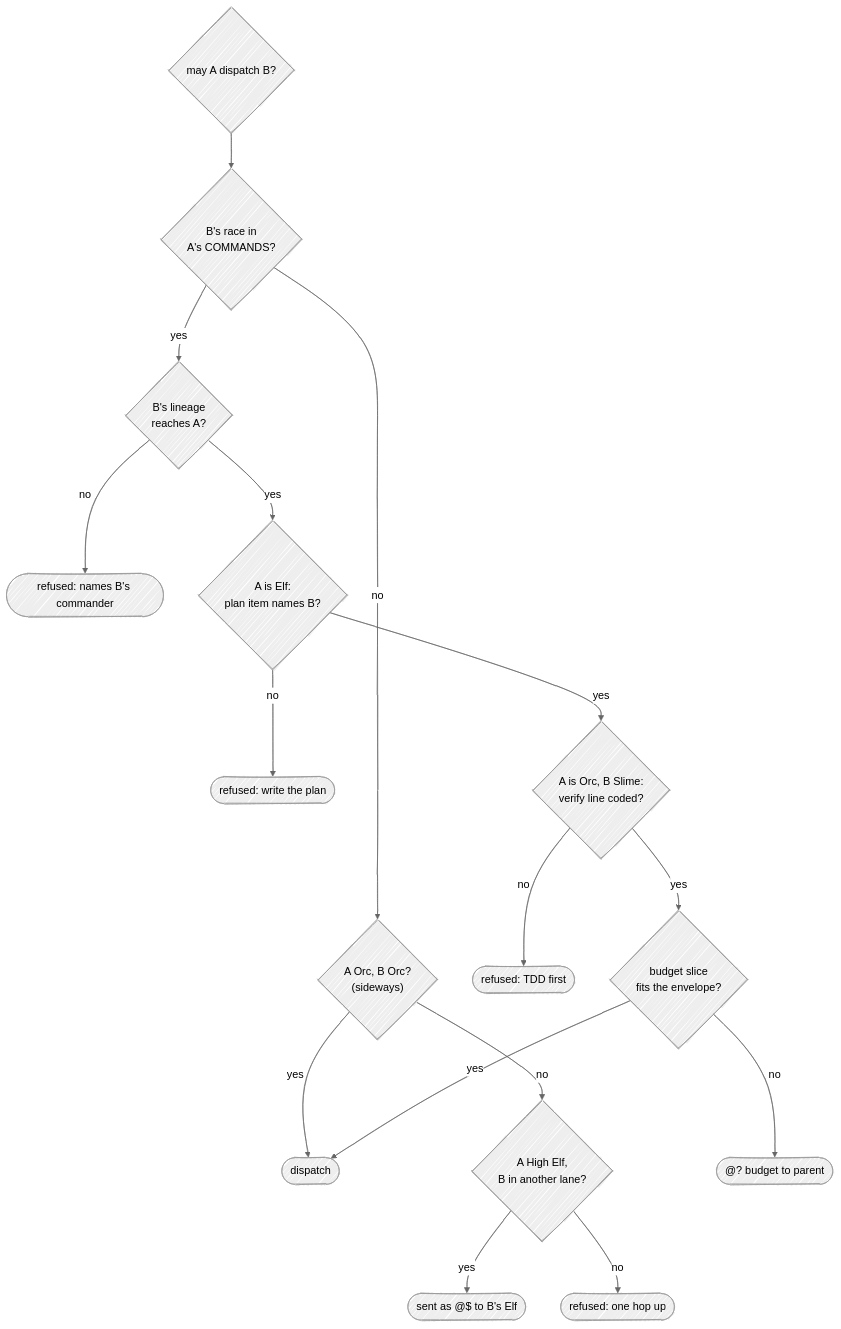
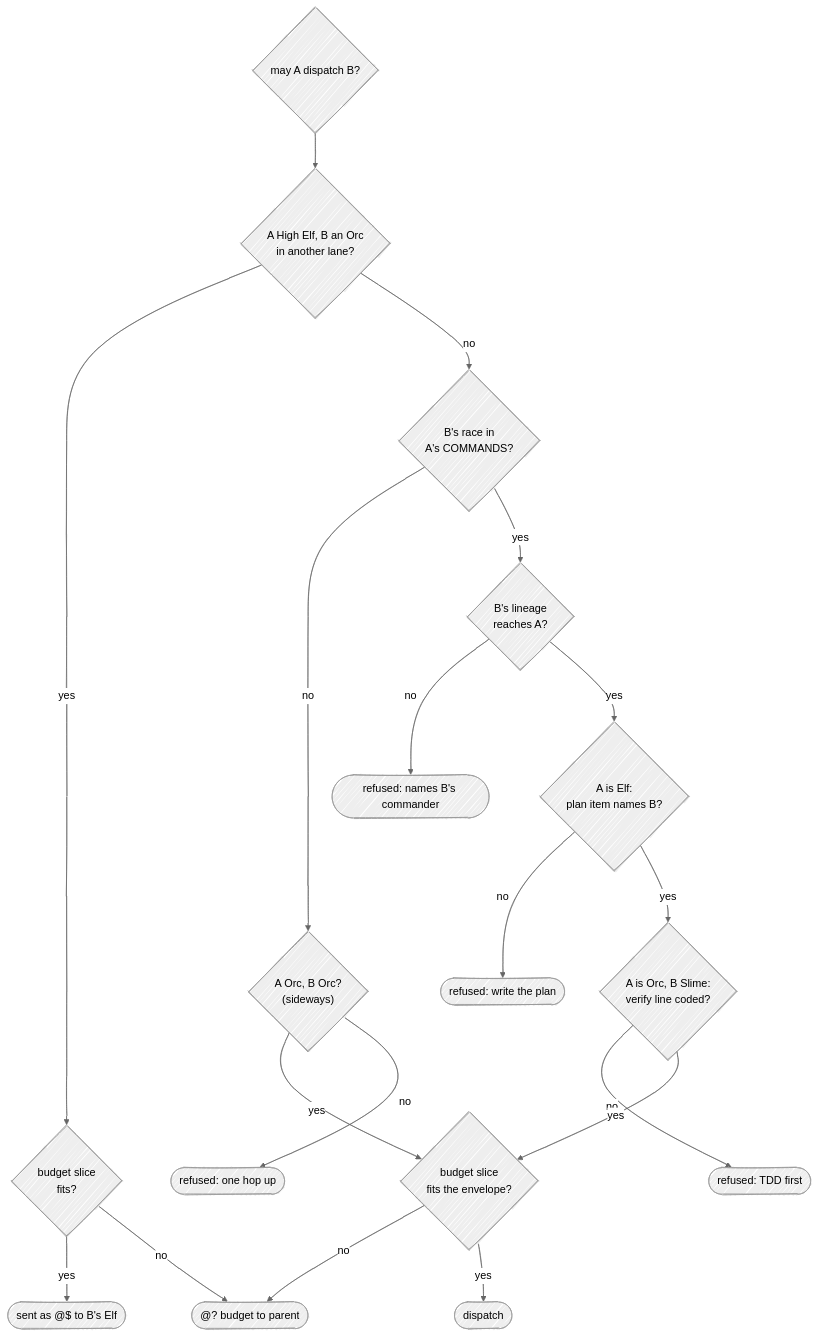
One commit to Kaginari/mnemorph changed the second of 3 diagrams in docs/04-communication.md. Above: the diagram before and after it, drawn with Mermaid. The commit also changed 1 other file, not shown here.

Commit message:
M1: the book follows tempest-races — falls by event are immediate, the High Elf's lane comes first, sideways dispatch meets the budget, default tiers

````diff
--- a/docs/04-communication.md
+++ b/docs/04-communication.md
@@ -110,23 +110,25 @@
 ```mermaid
 ---
 config:
   look: handDrawn
   theme: neutral
 ---
 flowchart TD
-    Q{"may A dispatch B?"} --> C1{"B's race in<br/>A's COMMANDS?"}
+    Q{"may A dispatch B?"} --> C0{"A High Elf, B an Orc<br/>in another lane?"}
+    C0 -- yes --> C0b{"budget slice<br/>fits?"}
+    C0b -- yes --> VIA(["sent as @$ to B's Elf"])
+    C0b -- no --> NO5
+    C0 -- no --> C1{"B's race in<br/>A's COMMANDS?"}
     C1 -- no --> C1b{"A Orc, B Orc?<br/>(sideways)"}
-    C1b -- yes --> OK
-    C1b -- no --> C1c{"A High Elf,<br/>B in another lane?"}
-    C1c -- yes --> VIA(["sent as @$ to B's Elf"])
-    C1c -- no --> NO1(["refused: one hop up"])
+    C1b -- yes --> C5
+    C1b -- no --> NO1(["refused: one hop up"])
     C1 -- yes --> C2{"B's lineage<br/>reaches A?"}
     C2 -- no --> NO2(["refused: names B's commander"])
     C2 -- yes --> C3{"A is Elf:<br/>plan item names B?"}
     C3 -- no --> NO3(["refused: write the plan"])
     C3 -- yes --> C4{"A is Orc, B Slime:<br/>verify line coded?"}
     C4 -- no --> NO4(["refused: TDD first"])
     C4 -- yes --> C5{"budget slice<br/>fits the envelope?"}
     C5 -- no --> NO5(["@? budget to parent"])
     C5 -- yes --> OK(["dispatch"])
 ```
````
